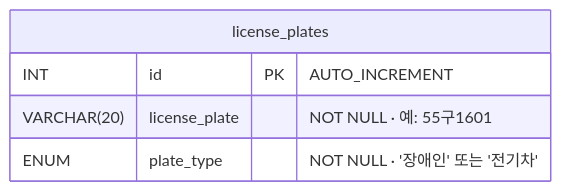
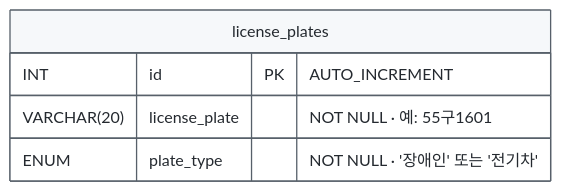
The first of 4 diagrams in license-plate-database/README.md (YOOBIN-AN/smart-bollard), drawn with Mermaid before and after one commit.

Commit message:
Use gray theme for table design diagram

````diff
--- a/license-plate-database/README.md
+++ b/license-plate-database/README.md
@@ -81,8 +81,9 @@
 ```mermaid
+%%{init: {'theme':'base','themeVariables':{'primaryColor':'#f6f8fa','primaryTextColor':'#24292f','primaryBorderColor':'#57606a','lineColor':'#57606a','attributeBackgroundColorOdd':'#ffffff','attributeBackgroundColorEven':'#f6f8fa'}}}%%
 erDiagram
     license_plates {
         INT id PK "AUTO_INCREMENT"
         VARCHAR(20) license_plate "NOT NULL · 예: 55구1601"
         ENUM plate_type "NOT NULL · '장애인' 또는 '전기차'"
     }
 ```
````
